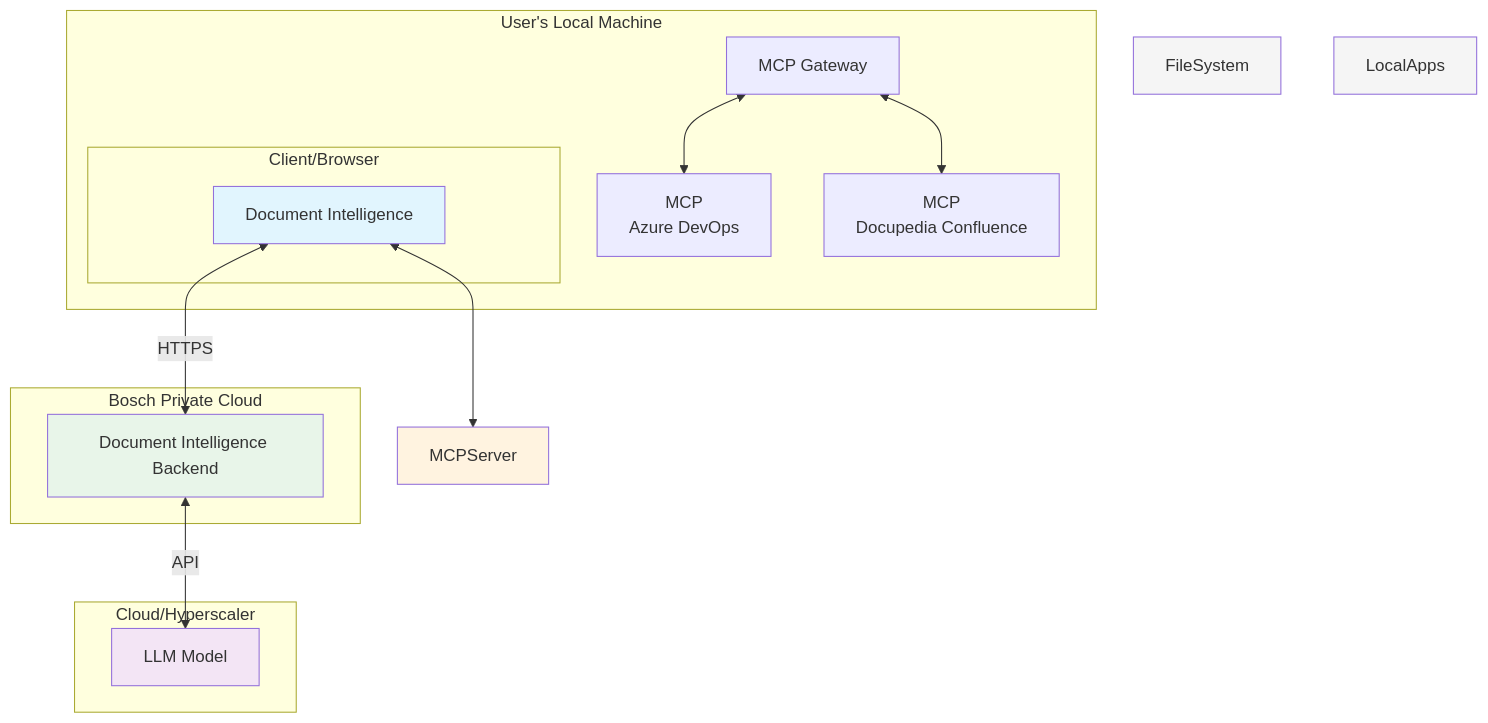
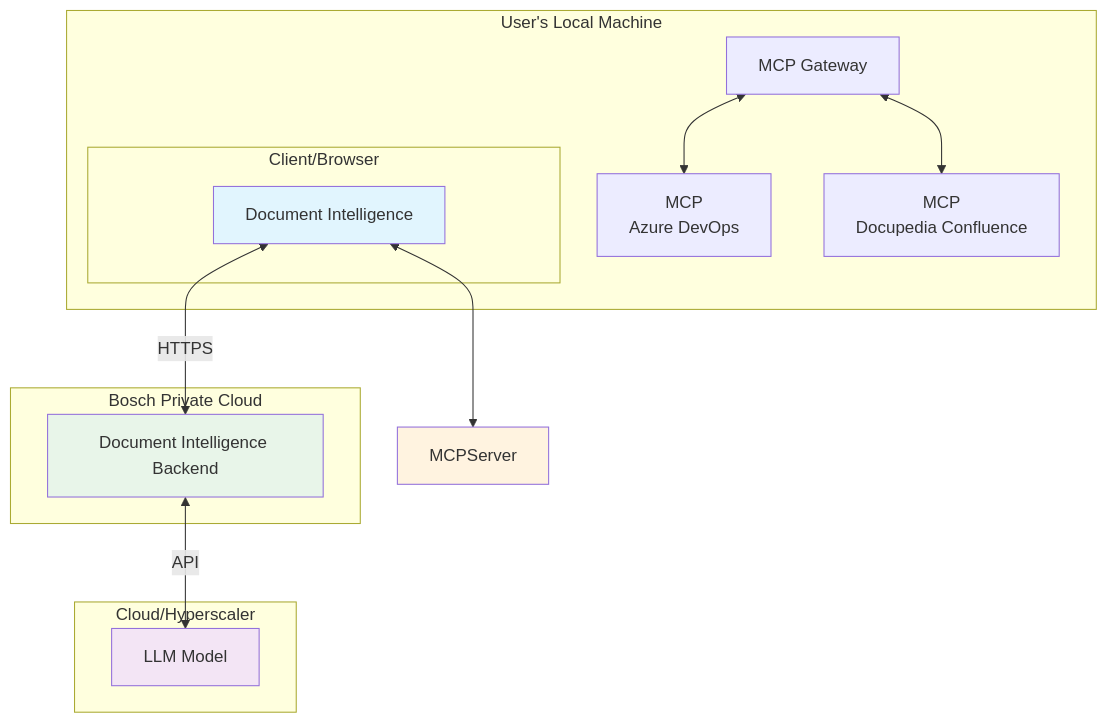
One commit to ahmadHawarnah/mcp-connector changed the diagram in docs/diagrams/BDI.md. Above: the diagram before and after it, drawn with Mermaid.

````diff
--- a/docs/diagrams/BDI.md
+++ b/docs/diagrams/BDI.md
@@ -6,33 +6,31 @@
 ```mermaid
 graph TB
     subgraph "Bosch Private Cloud"
         Backend[Document Intelligence Backend]
     end
 
     subgraph "User's Local Machine"
         subgraph "Client/Browser"
             UI[Document Intelligence]
         end
         MCPGateway[MCP Gateway]
         MCPAdo[MCP <br> Azure DevOps]
         MCPDocupdia[MCP <br> Docupedia Confluence]
         
         MCPGateway <--> MCPAdo
         MCPGateway <--> MCPDocupdia
     end
     
     subgraph "Cloud/Hyperscaler"
         LLM[LLM Model]
     end
     
     UI <-->|HTTPS| Backend
     Backend <-->|API| LLM
     UI <--> MCPServer
     
     style UI fill:#e1f5fe
     style MCPServer fill:#fff3e0
     style Backend fill:#e8f5e9
     style LLM fill:#f3e5f5
-    style FileSystem fill:#f5f5f5
-    style LocalApps fill:#f5f5f5
 ```
````
